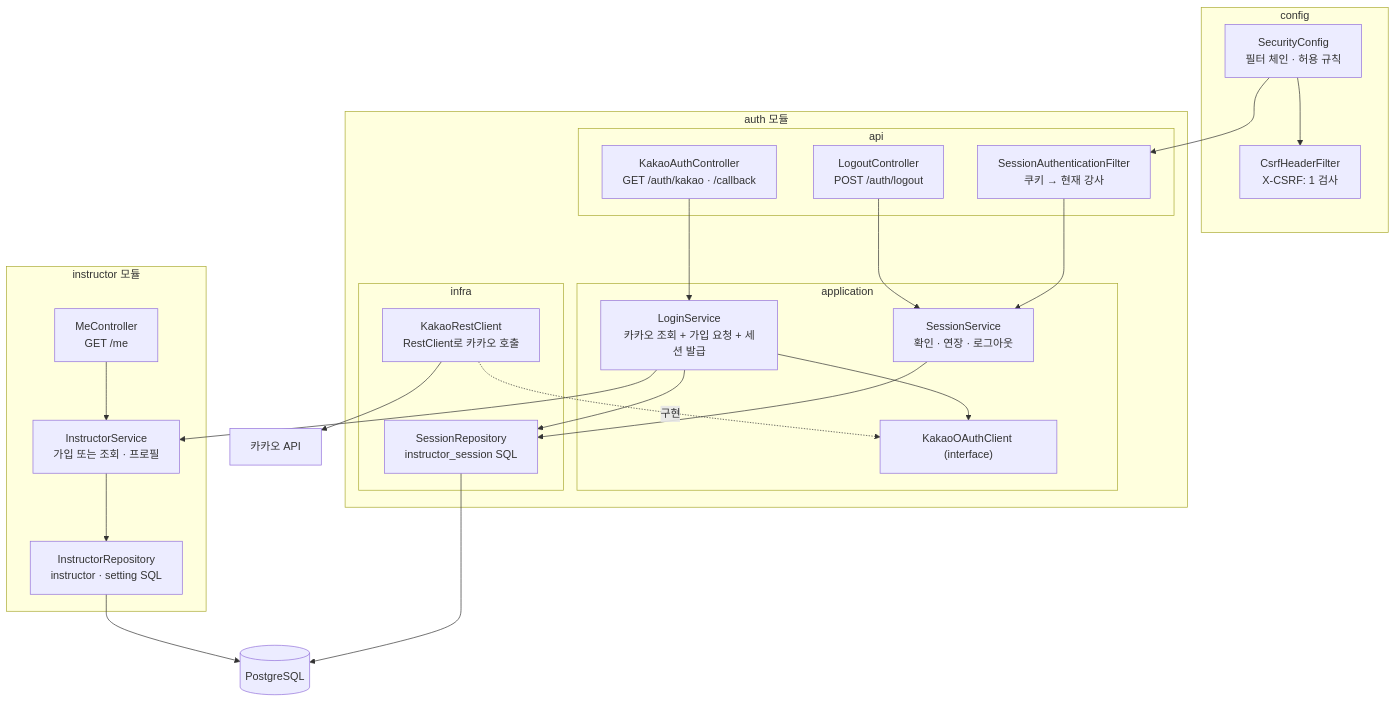
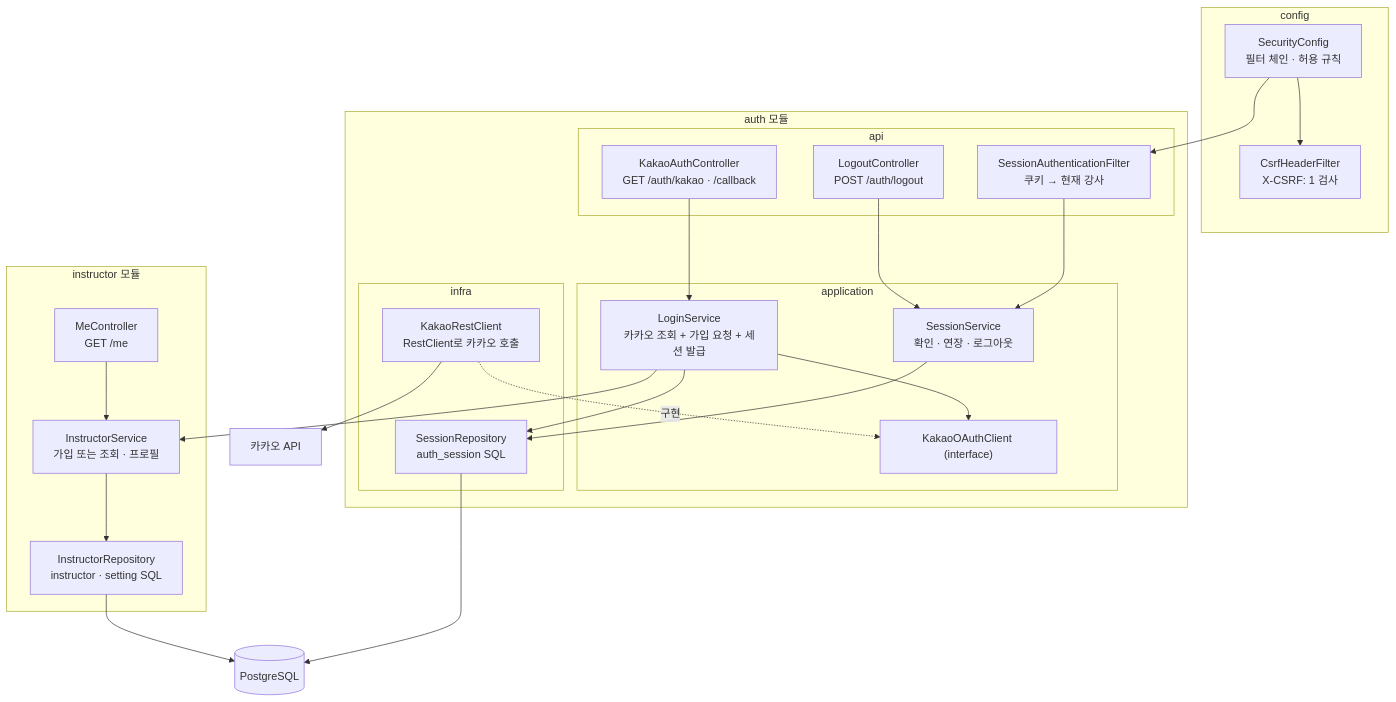
The first of 2 diagrams in docs/spec/instructor/0001-instructor-setup/plan.md (Fit-link-v2/FitLink-BE), drawn with Mermaid before and after one commit. The commit also changed other lines of this file and 13 other files, not shown here.

````diff
--- a/docs/spec/instructor/0001-instructor-setup/plan.md
+++ b/docs/spec/instructor/0001-instructor-setup/plan.md
@@ -14,43 +14,43 @@
 ```mermaid
 flowchart TB
     subgraph config["config"]
         SC["SecurityConfig<br/>필터 체인 · 허용 규칙"]
         CF["CsrfHeaderFilter<br/>X-CSRF: 1 검사"]
     end
     subgraph auth["auth 모듈"]
         subgraph aapi["api"]
             AC["KakaoAuthController<br/>GET /auth/kakao · /callback"]
             LC["LogoutController<br/>POST /auth/logout"]
             SF["SessionAuthenticationFilter<br/>쿠키 → 현재 강사"]
         end
         subgraph aapp["application"]
             LS["LoginService<br/>카카오 조회 + 가입 요청 + 세션 발급"]
             SS["SessionService<br/>확인 · 연장 · 로그아웃"]
             KP["KakaoOAuthClient (interface)"]
         end
         subgraph ainfra["infra"]
-            SR["SessionRepository<br/>instructor_session SQL"]
+            SR["SessionRepository<br/>auth_session SQL"]
             KC["KakaoRestClient<br/>RestClient로 카카오 호출"]
         end
     end
     subgraph instructor["instructor 모듈"]
         MC["MeController<br/>GET /me"]
         IS["InstructorService<br/>가입 또는 조회 · 프로필"]
         IR["InstructorRepository<br/>instructor · setting SQL"]
     end
     SC --> SF
     SC --> CF
     AC --> LS
     LC --> SS
     SF --> SS
     LS --> KP
     KC -. 구현 .-> KP
     LS --> IS
     LS --> SR
     SS --> SR
     MC --> IS
     IS --> IR
     IR --> DB[("PostgreSQL")]
     SR --> DB
     KC --> K["카카오 API"]
 ```
````
